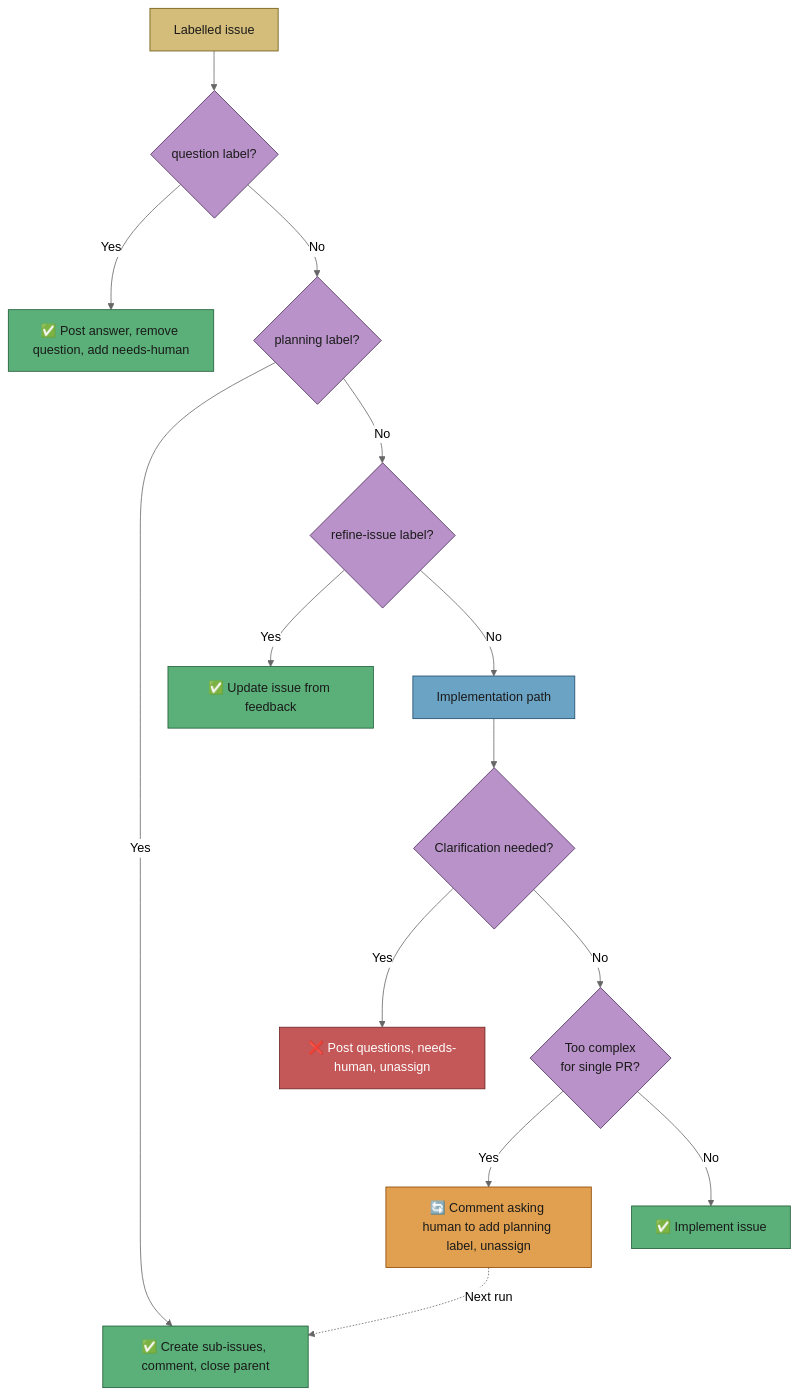
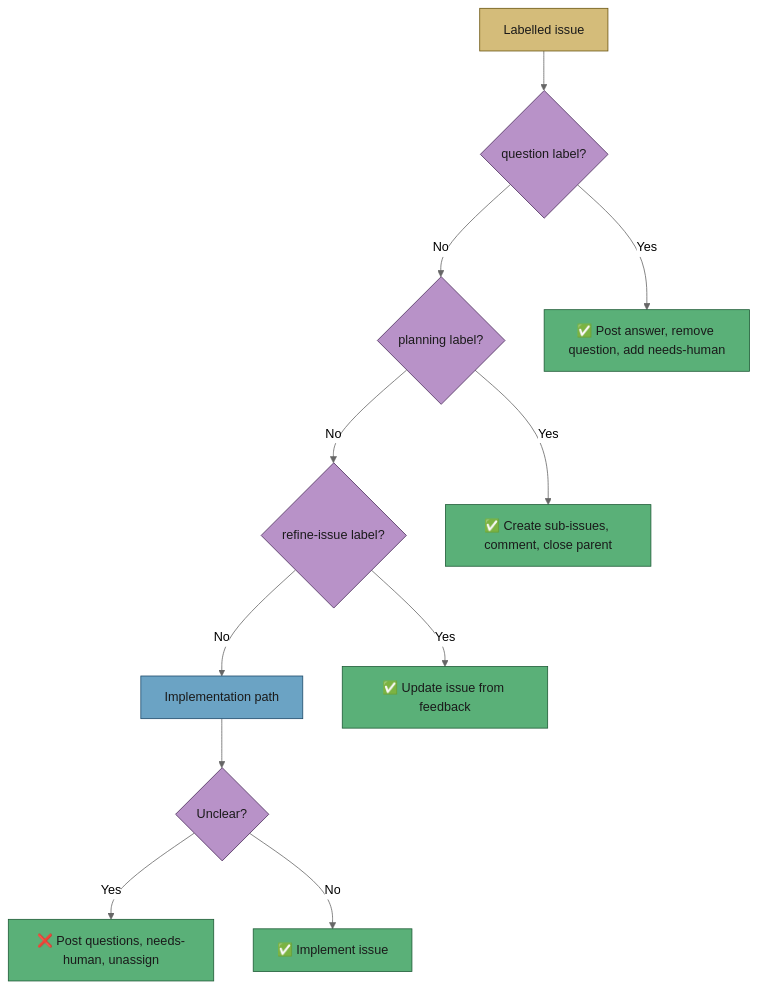
Diagram 12 of 12 in docs/workflows/planning-and-questions.md (stSoftwareAU/VibeCoder), drawn with Mermaid (neutral theme) before and after one commit. The commit also changed other lines of this file and 719 other files, not shown here.

````diff
--- a/docs/workflows/planning-and-questions.md
+++ b/docs/workflows/planning-and-questions.md
@@ -1168,42 +1078,35 @@
 ```mermaid
 flowchart TD
   Issue["Labelled issue"]
   Question{"question label?"}
   Planning{"planning label?"}
   Refine{"refine-issue label?"}
   Impl["Implementation path"]
-  Clar{"Clarification needed?"}
+  Clar{"Unclear?"}
   QWork["✅ Post answer, remove question, add needs-human"]
   PlanWork["✅ Create sub-issues, comment, close parent"]
   RefWork["✅ Update issue from feedback"]
   Ask["❌ Post questions, needs-human, unassign"]
-  Complex{"Too complex\nfor single PR?"}
-  Escalate["🔄 Comment asking human to add planning label, unassign"]
   Code["✅ Implement issue"]
   Issue --> Question
   Question -->|Yes| QWork
   Question -->|No| Planning
   Planning -->|Yes| PlanWork
   Planning -->|No| Refine
   Refine -->|Yes| RefWork
   Refine -->|No| Impl
   Impl --> Clar
   Clar -->|Yes| Ask
-  Clar -->|No| Complex
-  Complex -->|Yes| Escalate
-  Escalate -.->|"Next run"| PlanWork
-  Complex -->|No| Code
+  Clar -->|No| Code
   style Issue fill:#d4bc7a,stroke:#6b5510,color:#1a1a1a
   style Question fill:#b892c8,stroke:#4a2d5a,color:#1a1a1a
   style Planning fill:#b892c8,stroke:#4a2d5a,color:#1a1a1a
   style Refine fill:#b892c8,stroke:#4a2d5a,color:#1a1a1a
   style Impl fill:#6ba3c4,stroke:#1d4a6a,color:#1a1a1a
   style Clar fill:#b892c8,stroke:#4a2d5a,color:#1a1a1a
   style QWork fill:#5ab078,stroke:#1d5a35,color:#1a1a1a
   style PlanWork fill:#5ab078,stroke:#1d5a35,color:#1a1a1a
   style RefWork fill:#5ab078,stroke:#1d5a35,color:#1a1a1a
-  style Ask fill:#c45858,stroke:#6b2020,color:#fff
-  style Complex fill:#b892c8,stroke:#4a2d5a,color:#1a1a1a
-  style Escalate fill:#e0a050,stroke:#8b4500,color:#1a1a1a
+  style Ask fill:#5ab078,stroke:#1d5a35,color:#1a1a1a
   style Code fill:#5ab078,stroke:#1d5a35,color:#1a1a1a
 ```
````
